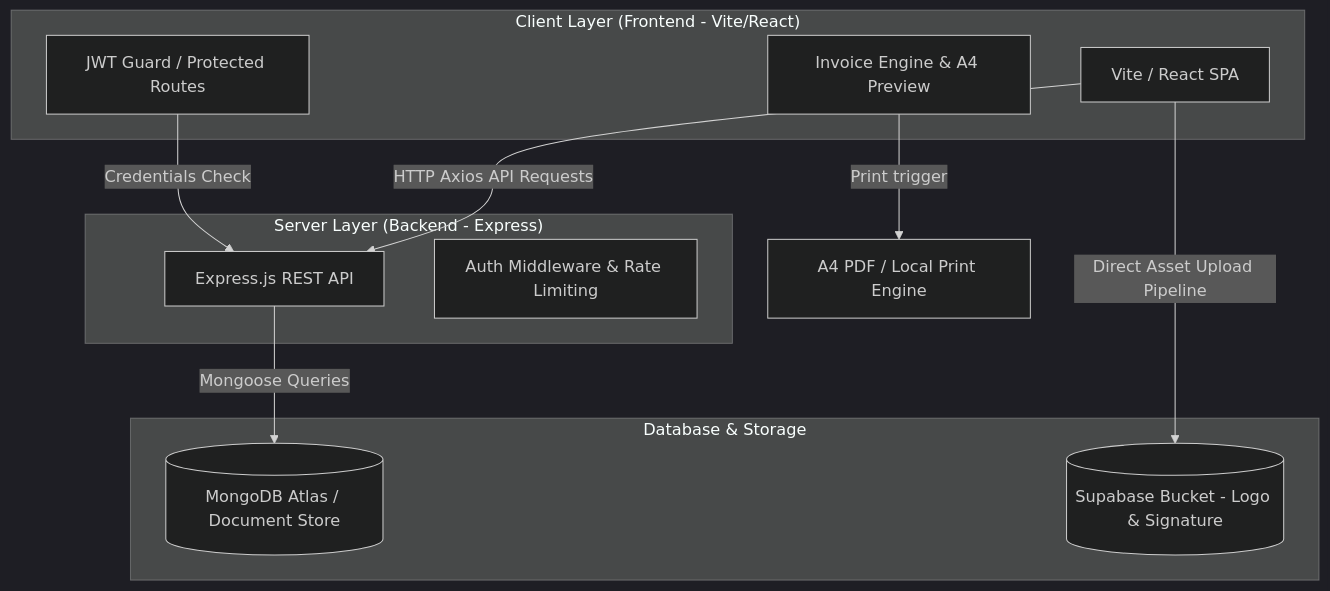
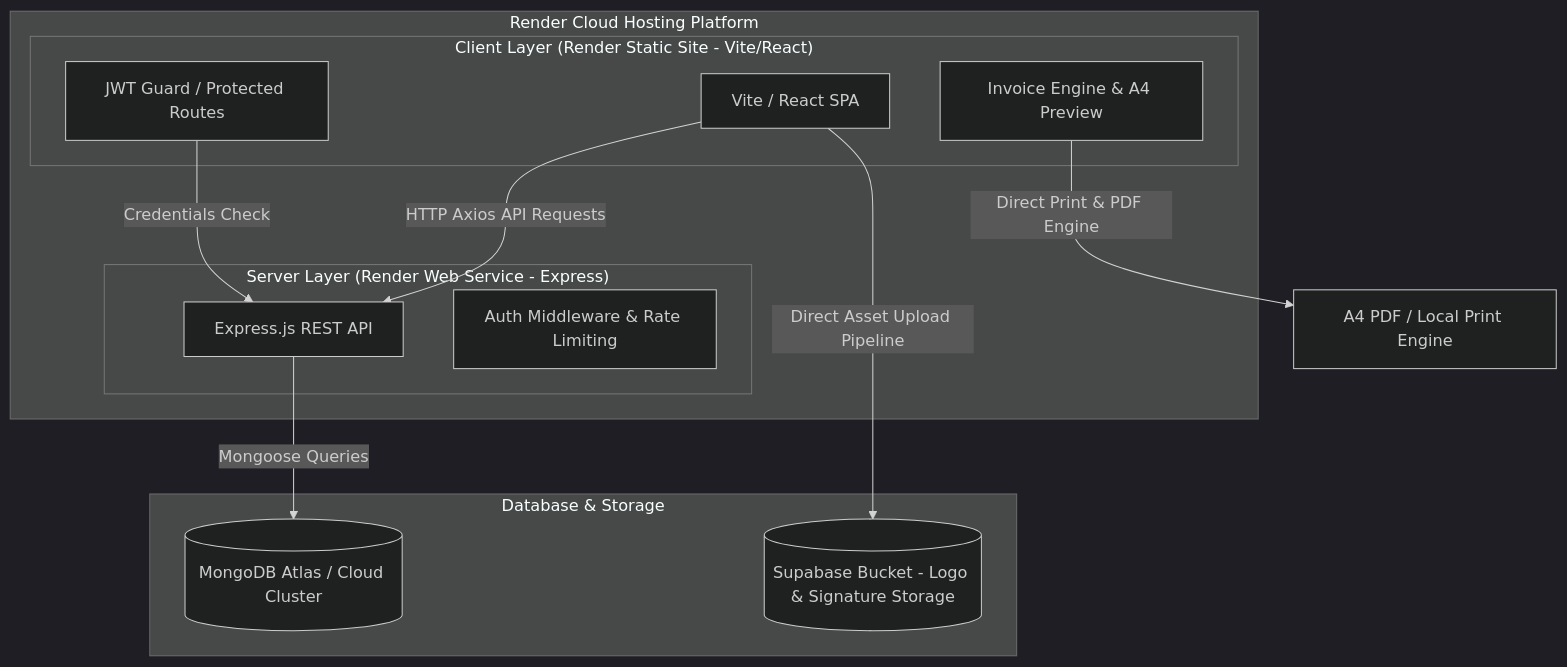
The diagram in README.md (Prash-code9428/InstaInvoice), drawn with Mermaid (dark theme) before and after one commit. The commit also changed other lines of this file and 4 other files, not shown here.

Commit message:
fix(invoice): fix print and pdf export styling, update readme for render hosting

````diff
--- a/README.md
+++ b/README.md
@@ -76,24 +76,26 @@
 ```mermaid
 graph TD
-    subgraph Client ["Client Layer (Frontend - Vite/React)"]
-        FE[Vite / React SPA]
-        Engine[Invoice Engine & A4 Preview]
-        Auth[JWT Guard / Protected Routes]
-    end
+    subgraph Render ["Render Cloud Hosting Platform"]
+        subgraph Client ["Client Layer (Render Static Site - Vite/React)"]
+            FE[Vite / React SPA]
+            Engine[Invoice Engine & A4 Preview]
+            Auth[JWT Guard / Protected Routes]
+        end
 
-    subgraph Server ["Server Layer (Backend - Express)"]
-        BE[Express.js REST API]
-        Middleware[Auth Middleware & Rate Limiting]
+        subgraph Server ["Server Layer (Render Web Service - Express)"]
+            BE[Express.js REST API]
+            Middleware[Auth Middleware & Rate Limiting]
+        end
     end
 
     subgraph Storage ["Database & Storage"]
-        DB[(MongoDB Atlas / Document Store)]
-        Supa[(Supabase Bucket - Logo & Signature)]
+        DB[(MongoDB Atlas / Cloud Cluster)]
+        Supa[(Supabase Bucket - Logo & Signature Storage)]
     end
 
     FE -->|HTTP Axios API Requests| BE
-    Engine -->|Print trigger| PDF[A4 PDF / Local Print Engine]
+    Engine -->|Direct Print & PDF Engine| PDF[A4 PDF / Local Print Engine]
     Auth -->|Credentials Check| BE
     BE -->|Mongoose Queries| DB
     FE -->|Direct Asset Upload Pipeline| Supa
 ```
````
